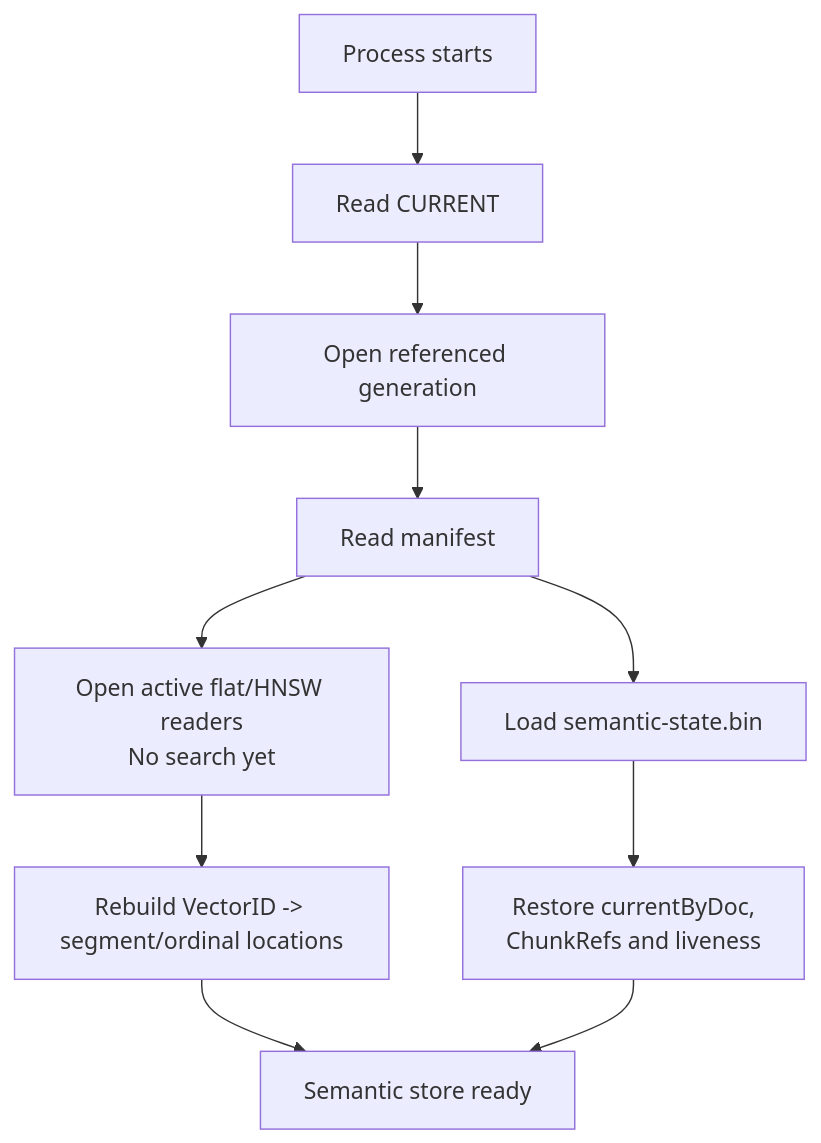
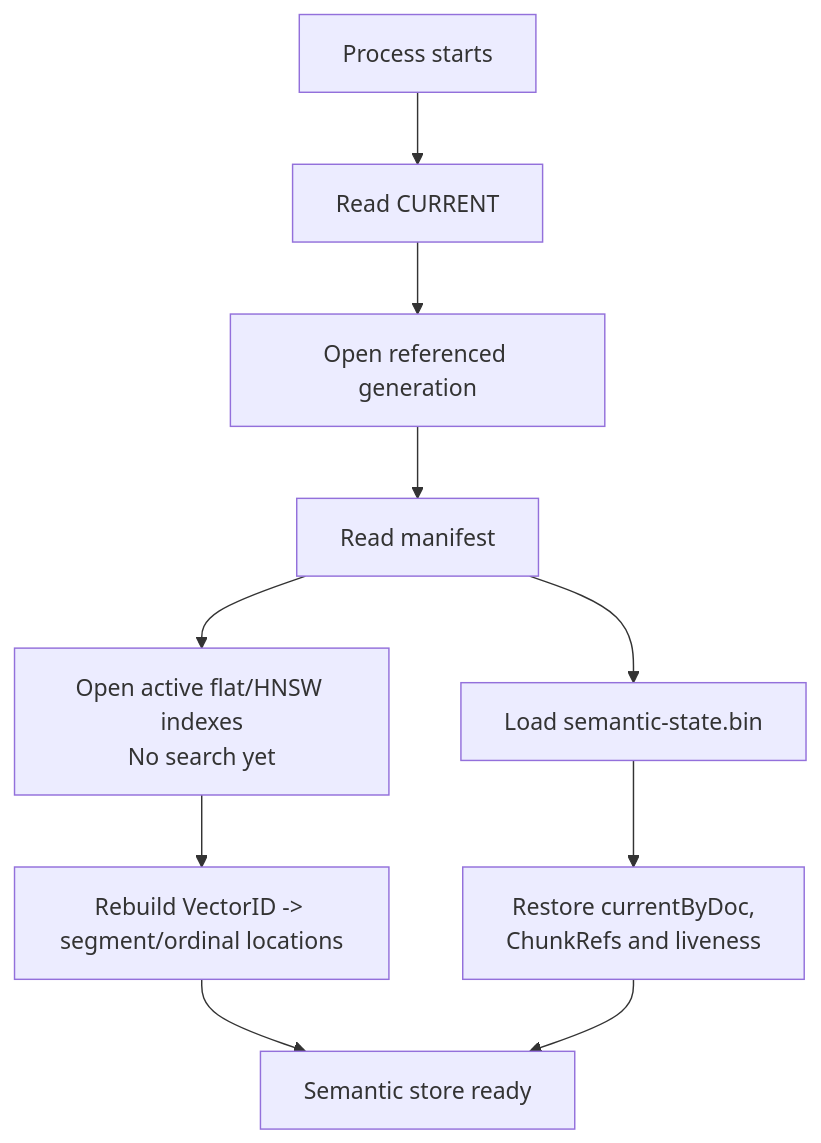
One commit to dariasmyr/fts-engine changed diagram 26 of 28 in docs/mermaid-diagram.md. Above: the diagram before and after it, drawn with Mermaid. The commit also changed other lines of this file and 93 other files, not shown here.

````diff
--- a/docs/mermaid-diagram.md
+++ b/docs/mermaid-diagram.md
@@ -893,17 +893,17 @@
 ```mermaid
 flowchart TD
     START["Process starts"] --> READ["Read CURRENT"]
 
     READ --> GEN["Open referenced generation"]
 
     GEN --> MANIFEST["Read manifest"]
 
-    MANIFEST --> SEGMENTS["Open active flat/HNSW readers<br/>No search yet"]
+    MANIFEST --> SEGMENTS["Open active flat/HNSW indexes<br/>No search yet"]
     MANIFEST --> STATE["Load semantic-state.bin"]
 
     SEGMENTS --> ORDMAP["Rebuild VectorID -> segment/ordinal locations"]
     STATE --> MAPS["Restore currentByDoc,<br/>ChunkRefs and liveness"]
 
     ORDMAP --> READY["Semantic store ready"]
     MAPS --> READY
 ```
````
